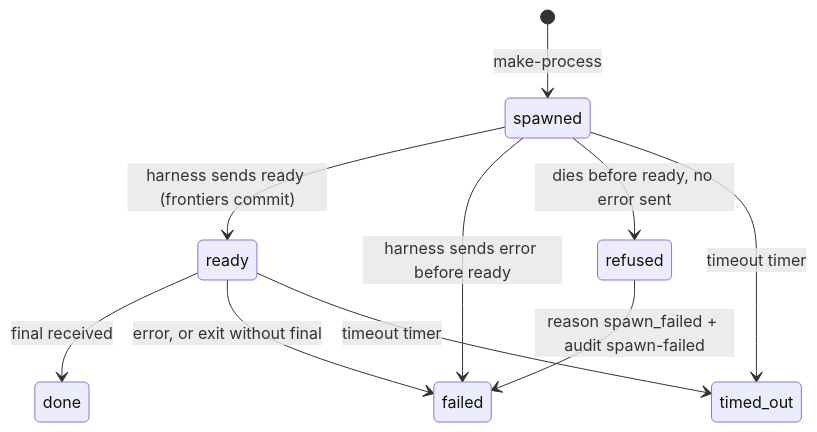
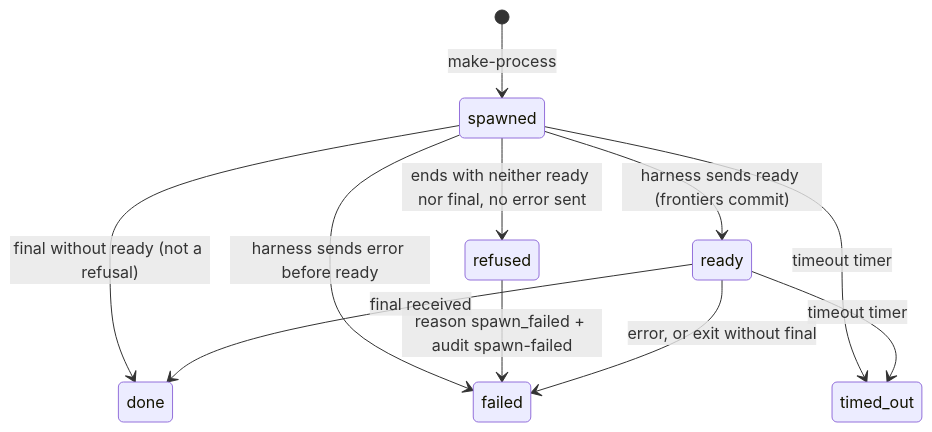
The second of 3 diagrams in .doctrine/slice/022/design.md (davidlee/satan), drawn with Mermaid before and after one commit. The commit also changed other lines of this file and 34 other files, not shown here.

````diff
--- a/.doctrine/slice/022/design.md
+++ b/.doctrine/slice/022/design.md
@@ -335,12 +337,13 @@
 ```mermaid
 stateDiagram-v2
   [*] --> spawned: make-process
   spawned --> ready: harness sends ready (frontiers commit)
   spawned --> failed: harness sends error before ready
-  spawned --> refused: dies before ready, no error sent
+  spawned --> refused: ends with neither ready nor final, no error sent
+  spawned --> done: final without ready (not a refusal)
   refused --> failed: reason spawn_failed + audit spawn-failed
   ready --> done: final received
   ready --> failed: error, or exit without final
   spawned --> timed_out: timeout timer
   ready --> timed_out: timeout timer
 ```
````
